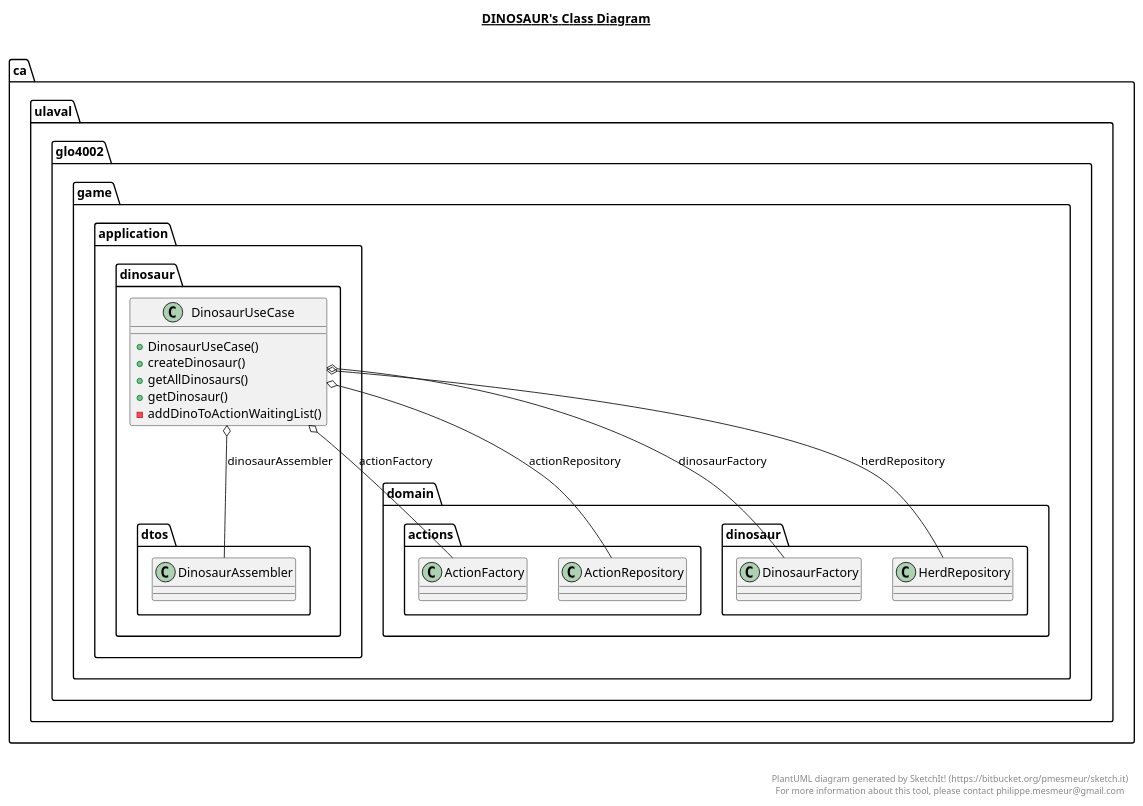
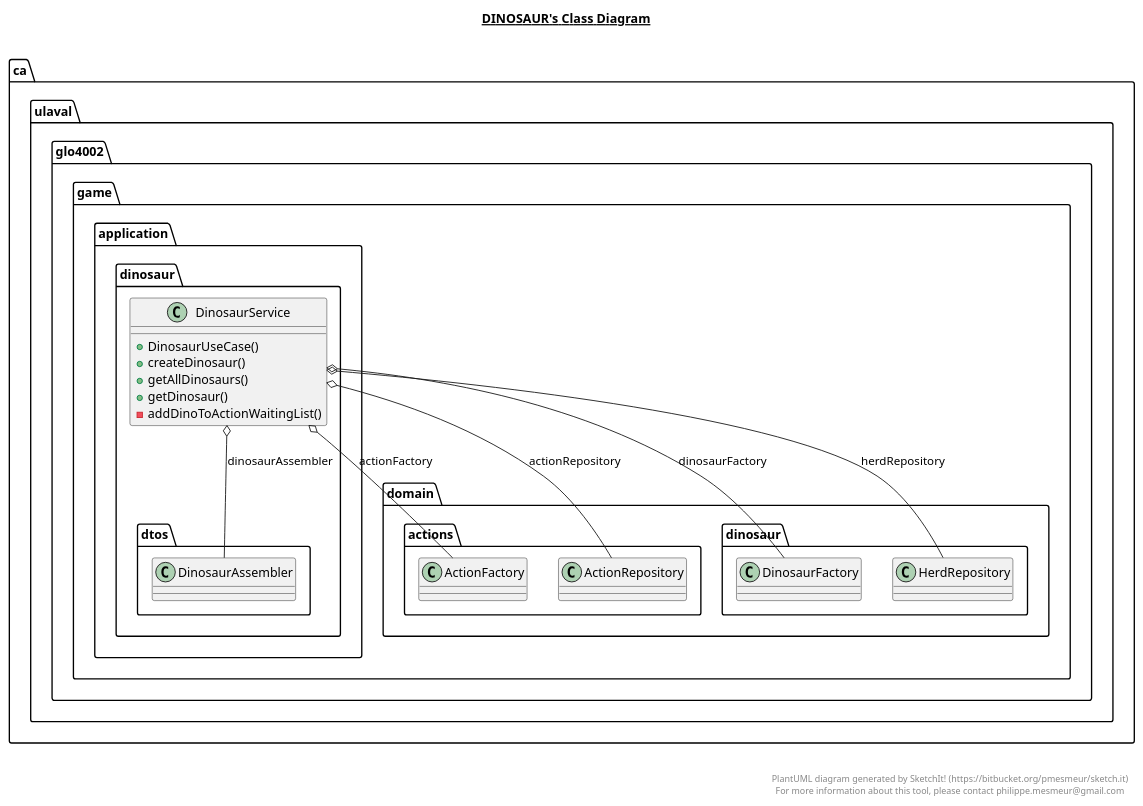
The diagram in game-api/src/main/java/ca/ulaval/glo4002/game/application/dinosaur/dinosaur.plantuml (MALEC321/MEP7), drawn with PlantUML before and after one commit. The commit also changed 31 other files, not shown here.

```diff
--- a/game-api/src/main/java/ca/ulaval/glo4002/game/application/dinosaur/dinosaur.plantuml
+++ b/game-api/src/main/java/ca/ulaval/glo4002/game/application/dinosaur/dinosaur.plantuml
@@ -1,31 +1,31 @@
 @startuml
 
 title __DINOSAUR's Class Diagram__\n
 
     namespace ca.ulaval.glo4002.game {
       namespace application.dinosaur {
-        class ca.ulaval.glo4002.game.application.dinosaur.DinosaurUseCase {
+        class ca.ulaval.glo4002.game.application.dinosaur.DinosaurService {
             + DinosaurUseCase()
             + createDinosaur()
             + getAllDinosaurs()
             + getDinosaur()
             - addDinoToActionWaitingList()
         }
       }
     }
 
-  ca.ulaval.glo4002.game.application.dinosaur.DinosaurUseCase o-- ca.ulaval.glo4002.game.domain.actions.ActionFactory : actionFactory
-  ca.ulaval.glo4002.game.application.dinosaur.DinosaurUseCase o-- ca.ulaval.glo4002.game.domain.actions.ActionRepository : actionRepository
-  ca.ulaval.glo4002.game.application.dinosaur.DinosaurUseCase o-- ca.ulaval.glo4002.game.application.dinosaur.dtos.DinosaurAssembler : dinosaurAssembler
-  ca.ulaval.glo4002.game.application.dinosaur.DinosaurUseCase o-- ca.ulaval.glo4002.game.domain.dinosaur.DinosaurFactory : dinosaurFactory
-  ca.ulaval.glo4002.game.application.dinosaur.DinosaurUseCase o-- ca.ulaval.glo4002.game.domain.dinosaur.HerdRepository : herdRepository
+  ca.ulaval.glo4002.game.application.dinosaur.DinosaurService o-- ca.ulaval.glo4002.game.domain.actions.ActionFactory : actionFactory
+  ca.ulaval.glo4002.game.application.dinosaur.DinosaurService o-- ca.ulaval.glo4002.game.domain.actions.ActionRepository : actionRepository
+  ca.ulaval.glo4002.game.application.dinosaur.DinosaurService o-- ca.ulaval.glo4002.game.application.dinosaur.dtos.DinosaurAssembler : dinosaurAssembler
+  ca.ulaval.glo4002.game.application.dinosaur.DinosaurService o-- ca.ulaval.glo4002.game.domain.dinosaur.DinosaurFactory : dinosaurFactory
+  ca.ulaval.glo4002.game.application.dinosaur.DinosaurService o-- ca.ulaval.glo4002.game.domain.dinosaur.HerdRepository : herdRepository
 
 
 right footer
 
 
 PlantUML diagram generated by SketchIt! (https://bitbucket.org/pmesmeur/sketch.it)
 For more information about this tool, please contact philippe.mesmeur@gmail.com
 endfooter
 
 @enduml
```
